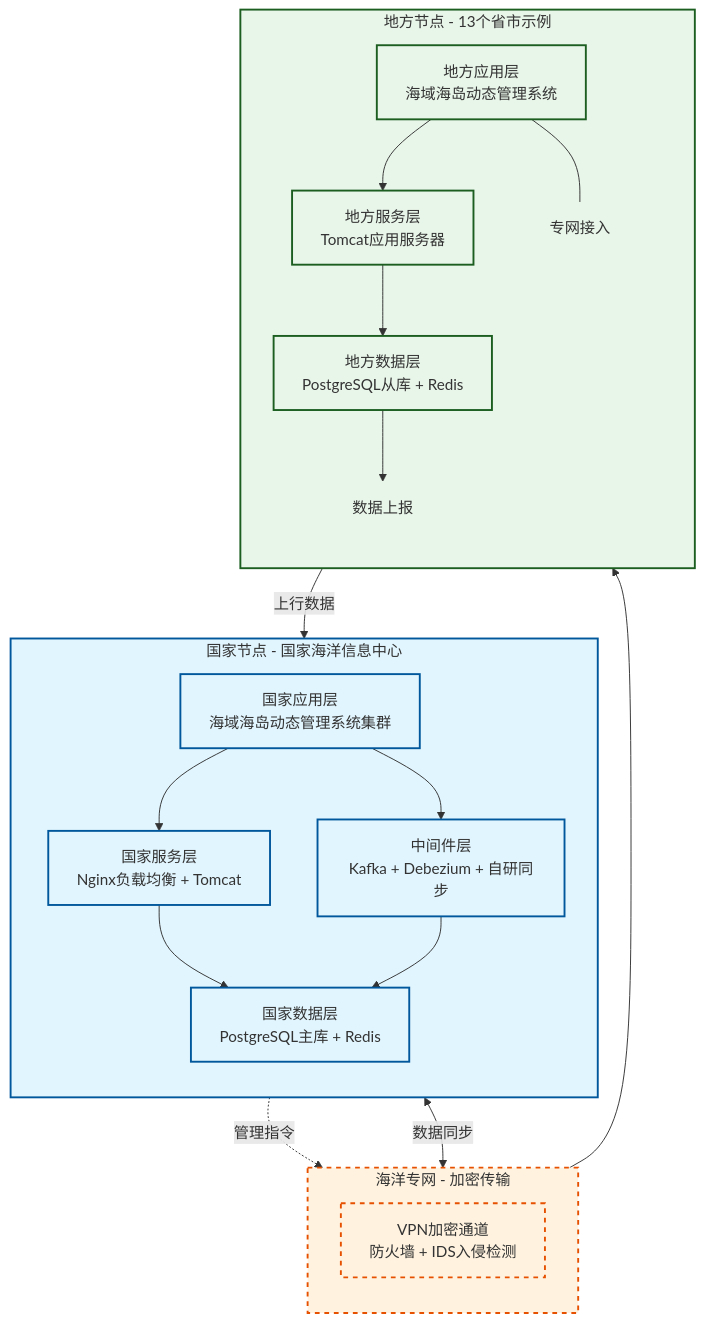
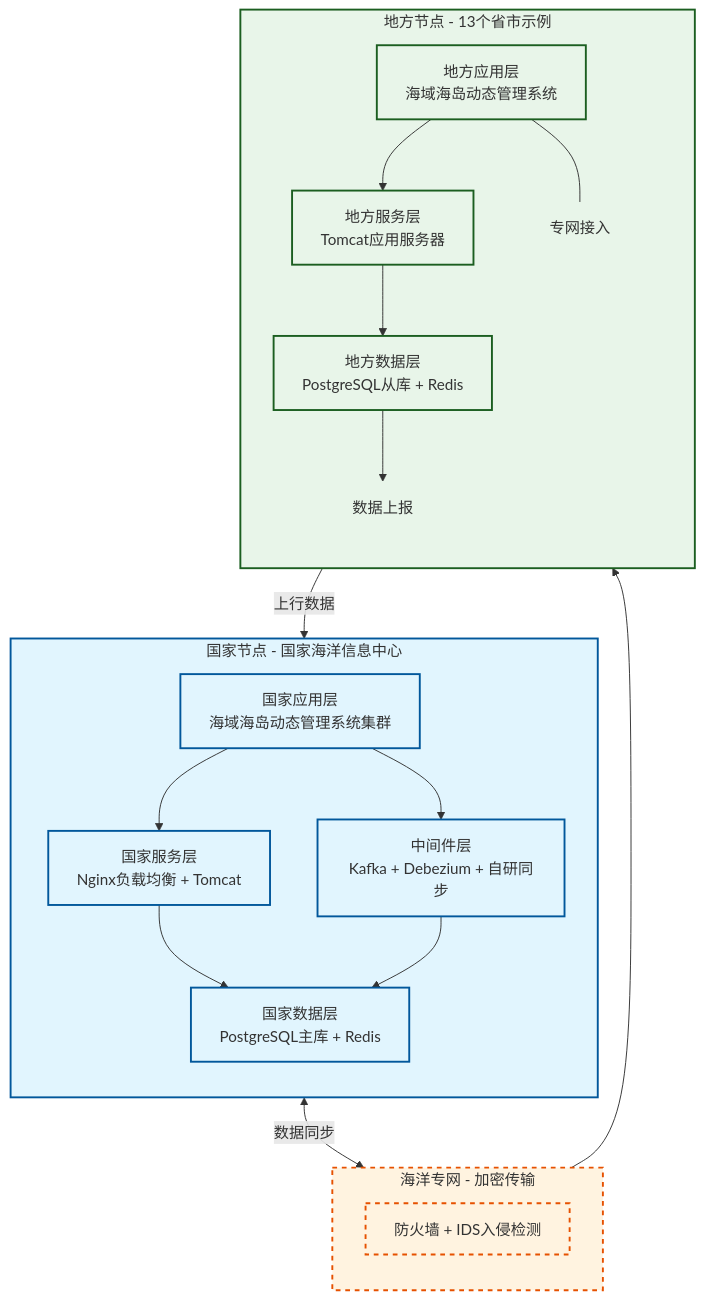
Before and after one commit to MyJohn2/iodraw-files: the diagram in all/未命名-1.md, drawn with Mermaid.

Commit message:
2026-03-03 15:02:17 update

````diff
--- a/all/未命名-1.md
+++ b/all/未命名-1.md
@@ -1,55 +1,55 @@
 ```mermaid
 flowchart TD
     %% 定义样式
     classDef nation fill:#e1f5fe,stroke:#01579b,stroke-width:2px;
     classDef network fill:#fff3e0,stroke:#e65100,stroke-width:2px,stroke-dasharray: 5 5;
     classDef local fill:#e8f5e9,stroke:#1b5e20,stroke-width:2px;
 
     subgraph NationNode [国家节点 - 国家海洋信息中心]
         direction TB
         A[国家应用层<br/>海域海岛动态管理系统集群]
         B[国家服务层<br/>Nginx负载均衡 + Tomcat]
         C[国家数据层<br/>PostgreSQL主库 + Redis]
         D[中间件层<br/>Kafka + Debezium + 自研同步]
         
         A --> B
         B --> C
         A --> D
         D --> C
     end
     
     subgraph SecureNet [海洋专网 - 加密传输]
         direction TB
-        E[VPN加密通道<br/>防火墙 + IDS入侵检测]
+        E[防火墙 + IDS入侵检测]
     end
     
     subgraph LocalNode [地方节点 - 13个省市示例]
         direction TB
         F[地方应用层<br/>海域海岛动态管理系统]
         G[地方服务层<br/>Tomcat应用服务器]
         H[地方数据层<br/>PostgreSQL从库 + Redis]
         
         F --> G
         G --> H
         F --- E_Link[专网接入]
         H --> D_Link[数据上报]
     end
 
     %% 跨子图连接 (连接具体节点而非子图名称)
-    A -.->|管理指令 | E
+   
     E --> F
     D <-->|数据同步 | E
     H -->|上行数据 | D
 
     %% 应用样式
     class NationNode,A,B,C,D nation;
     class SecureNet,E network;
     class LocalNode,F,G,H local;
     
     %% 隐藏用于逻辑连接的辅助节点样式
     style E_Link fill:none,stroke:none;
     style D_Link fill:none,stroke:none;
 
 
 
 ```
````
